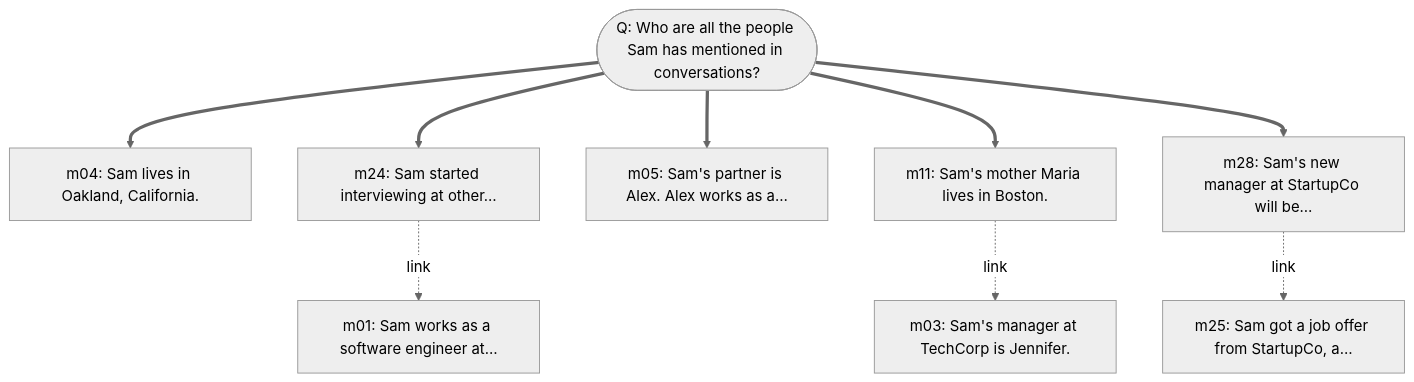
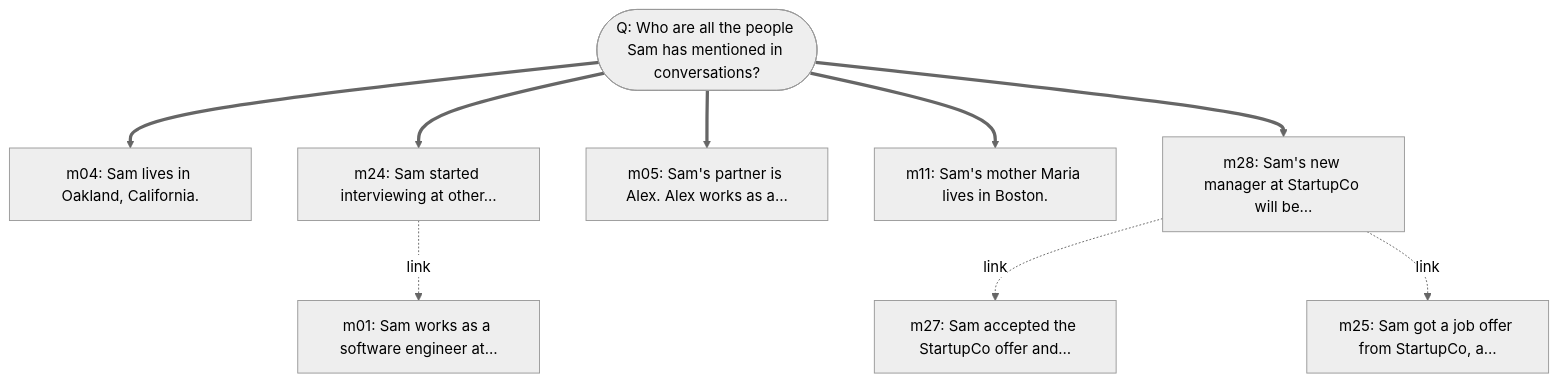
Diagram 17 of 22 in results/comparison/amem/traces.md (pandazxx/a-mem-reproduction), drawn with Mermaid (neutral theme) before and after one commit. The commit also changed other lines of this file and 64 other files, not shown here.

````diff
--- a/results/comparison/amem/traces.md
+++ b/results/comparison/amem/traces.md
@@ -437,20 +439,20 @@
 ```mermaid
 graph TD
     Q(["Q: Who are all the people Sam has mentioned in conversations?"])
     m04["m04: Sam lives in Oakland, California."]
     Q ==> m04
     m24["m24: Sam started interviewing at other…"]
     Q ==> m24
     m05["m05: Sam's partner is Alex. Alex works as a…"]
     Q ==> m05
     m11["m11: Sam's mother Maria lives in Boston."]
     Q ==> m11
     m28["m28: Sam's new manager at StartupCo will be…"]
     Q ==> m28
     m01["m01: Sam works as a software engineer at…"]
     m24 -.->|link| m01
-    m03["m03: Sam's manager at TechCorp is Jennifer."]
-    m11 -.->|link| m03
+    m27["m27: Sam accepted the StartupCo offer and…"]
+    m28 -.->|link| m27
     m25["m25: Sam got a job offer from StartupCo, a…"]
     m28 -.->|link| m25
 ```
````
